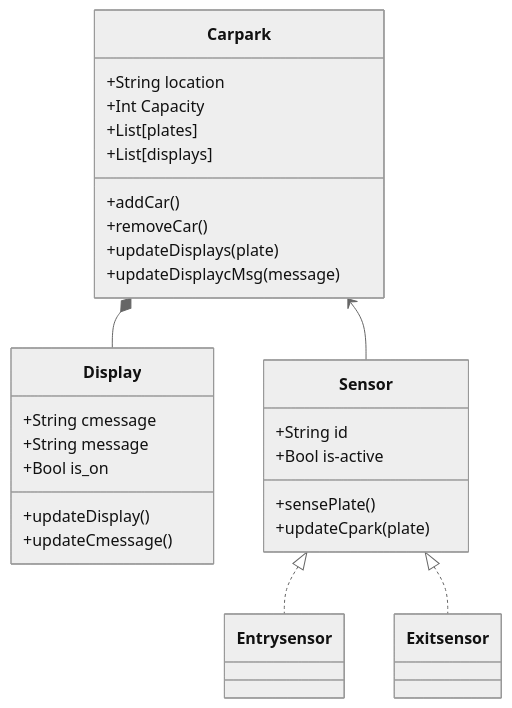
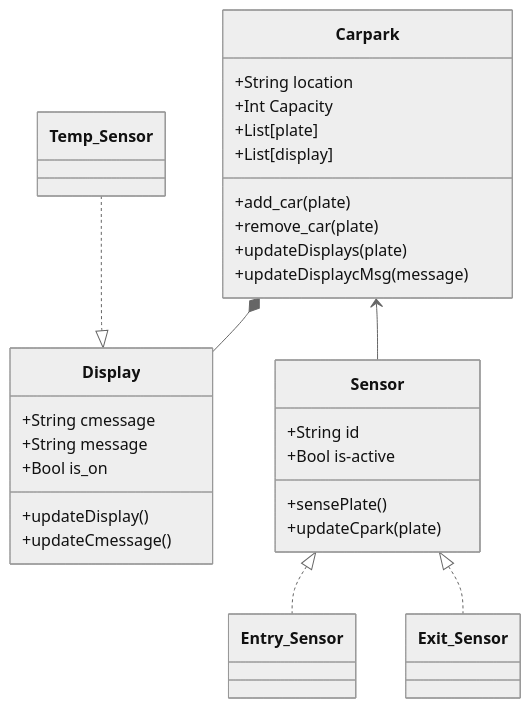
Before and after one commit to Danyl1310/at3-ipriot-car-park-prj: the diagram in Plan.md, drawn with Mermaid (neutral theme). The commit also changed 3 other files, not shown here.

Commit message:
more work on car park and display classes

````diff
--- a/Plan.md
+++ b/Plan.md
@@ -3,35 +3,36 @@
 ```mermaid
 classDiagram
     
 class Carpark {
     +String location
     +Int Capacity
-    +List[plates]
-    +List[displays]
-    +addCar()
-    +removeCar()
+    +List[plate]
+    +List[display]
+    +add_car(plate)
+    +remove_car(plate)
     +updateDisplays(plate)
     +updateDisplaycMsg(message)
     
 }
 
 class Display {
     +String cmessage
     +String message
     +Bool is_on
     +updateDisplay()
     +updateCmessage()
 }
 
 class Sensor {
     +String id
     +Bool is-active
     +sensePlate()
     +updateCpark(plate)
 }
-Sensor <|.. Entrysensor
-Sensor <|.. Exitsensor
+Sensor <|.. Entry_Sensor
+Sensor <|.. Exit_Sensor
 Carpark *-- Display
 Carpark <-- Sensor
+Temp_Sensor ..|> Display
 
 ```
````
